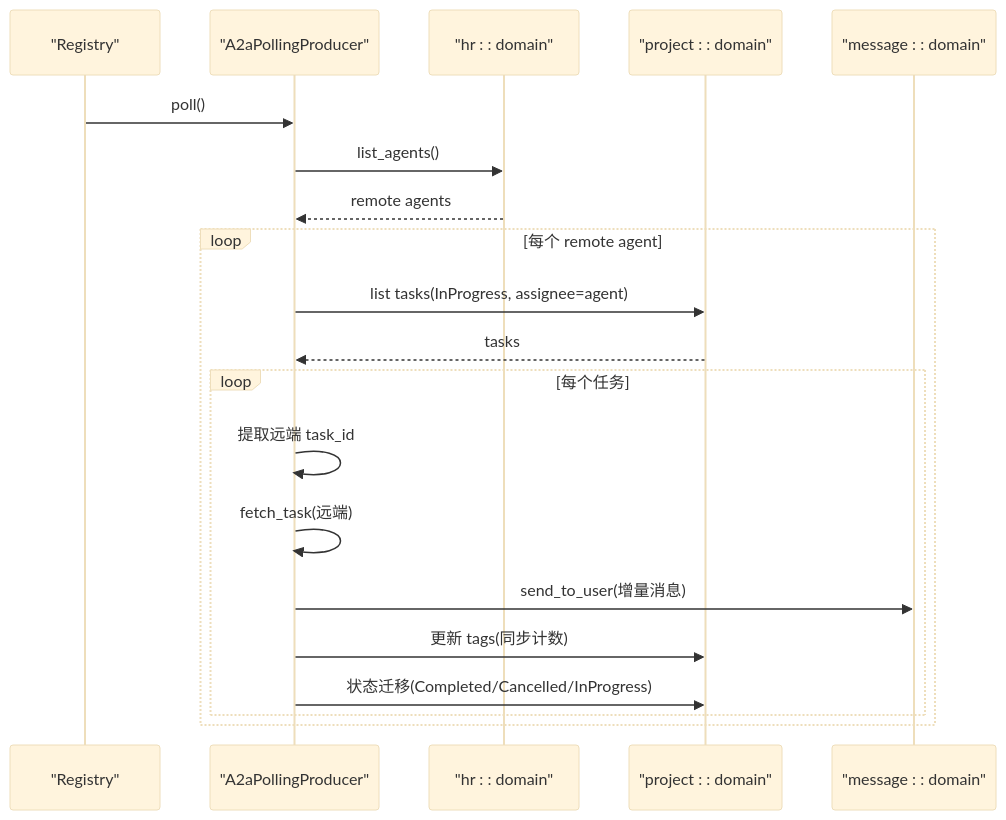
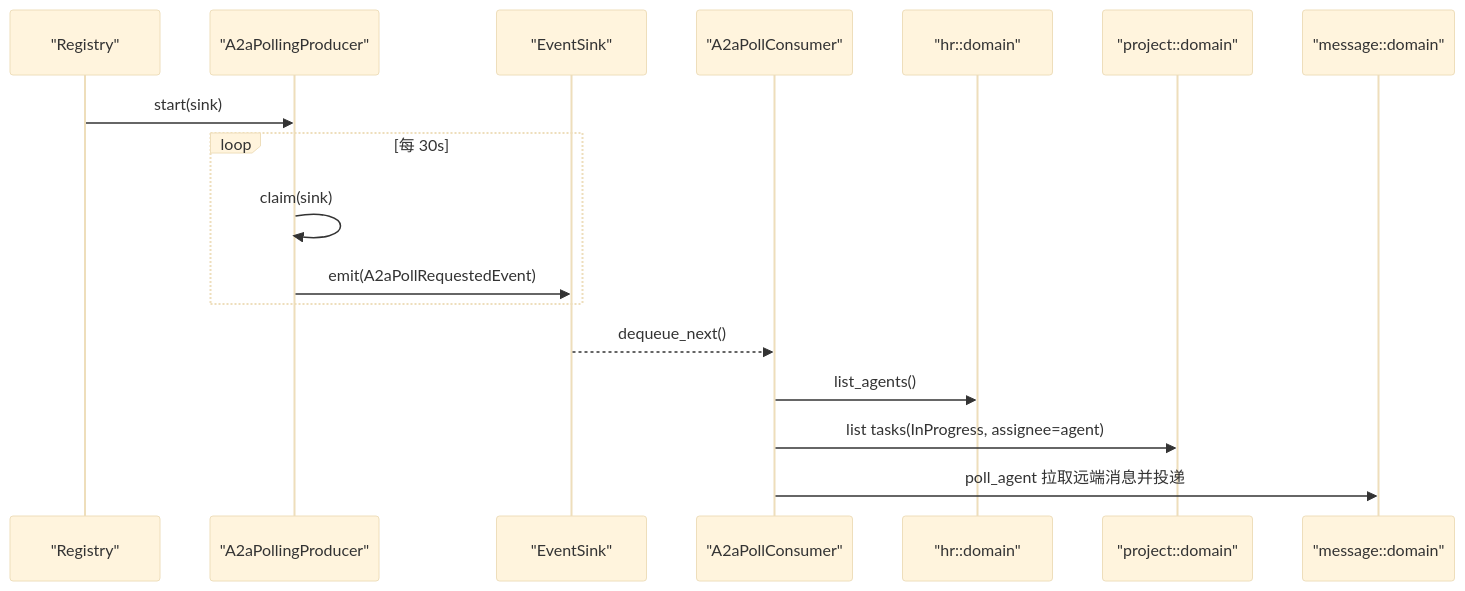
One commit to runningcoders/ai_orz changed the fourth of 6 diagrams in docs/wiki/zh/content/核心模块/AOP 事件系统/生产者机制.md. Above: the diagram before and after it, drawn with Mermaid (base theme). The commit also changed other lines of this file and 37 other files, not shown here.

````diff
--- a/docs/wiki/zh/content/核心模块/AOP 事件系统/生产者机制.md
+++ b/docs/wiki/zh/content/核心模块/AOP 事件系统/生产者机制.md
@@ -154,22 +172,19 @@
 ```mermaid
 sequenceDiagram
 participant Reg as "Registry"
 participant P as "A2aPollingProducer"
-participant HR as "hr : : domain"
-participant PROJ as "project : : domain"
-participant MSG as "message : : domain"
-Reg->>P : poll()
-P->>HR : list_agents()
-HR-->>P : remote agents
-loop 每个 remote agent
-P->>PROJ : list tasks(InProgress, assignee=agent)
-PROJ-->>P : tasks
-loop 每个任务
-P->>P : 提取远端 task_id
-P->>P : fetch_task(远端)
-P->>MSG : send_to_user(增量消息)
-P->>PROJ : 更新 tags(同步计数)
-P->>PROJ : 状态迁移(Completed/Cancelled/InProgress)
+participant Sink as "EventSink"
+participant Cons as "A2aPollConsumer"
+participant HR as "hr::domain"
+participant PROJ as "project::domain"
+participant MSG as "message::domain"
+Reg->>P : start(sink)
+loop 每 30s
+P->>P : claim(sink)
+P->>Sink : emit(A2aPollRequestedEvent)
 end
-end
+Sink-->>Cons : dequeue_next()
+Cons->>HR : list_agents()
+Cons->>PROJ : list tasks(InProgress, assignee=agent)
+Cons->>MSG : poll_agent 拉取远端消息并投递
 ```
````
